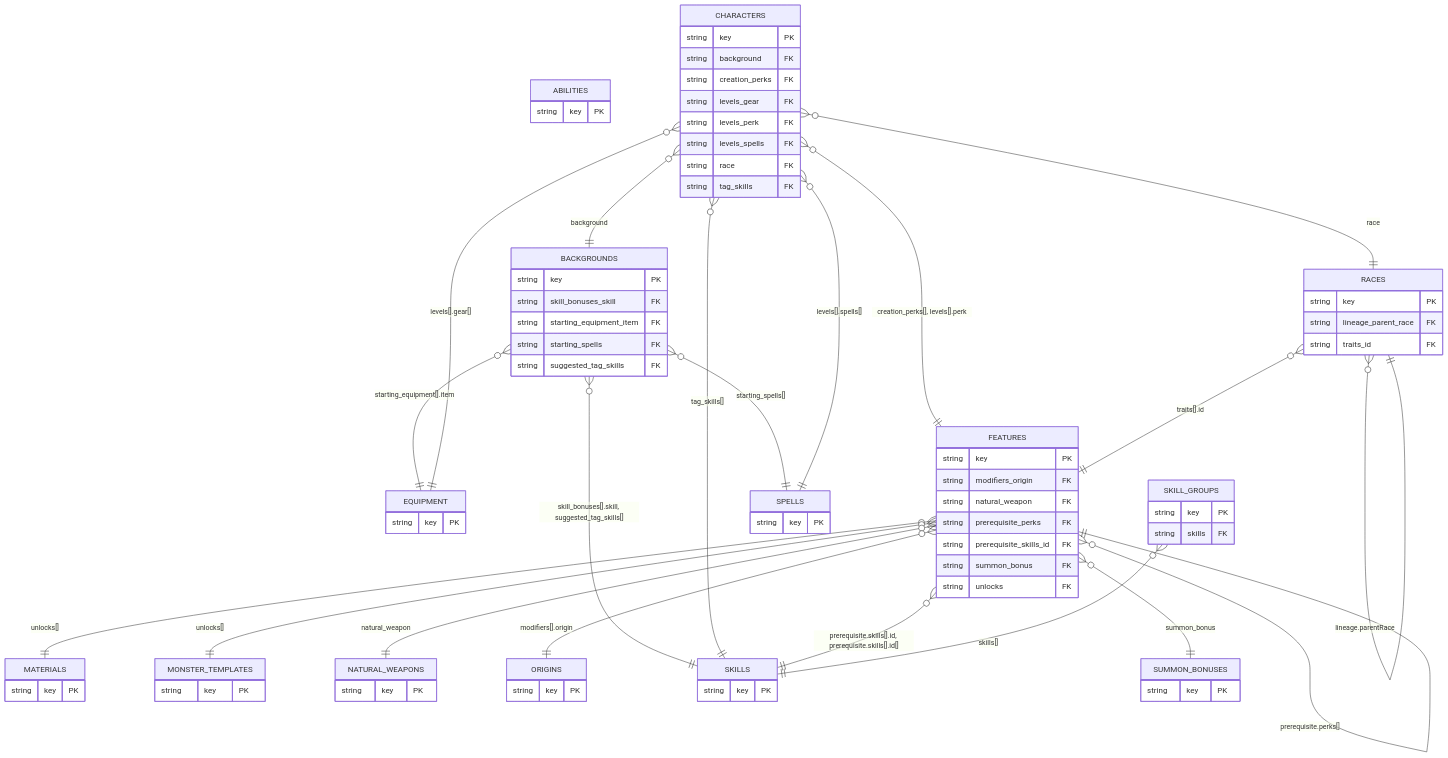
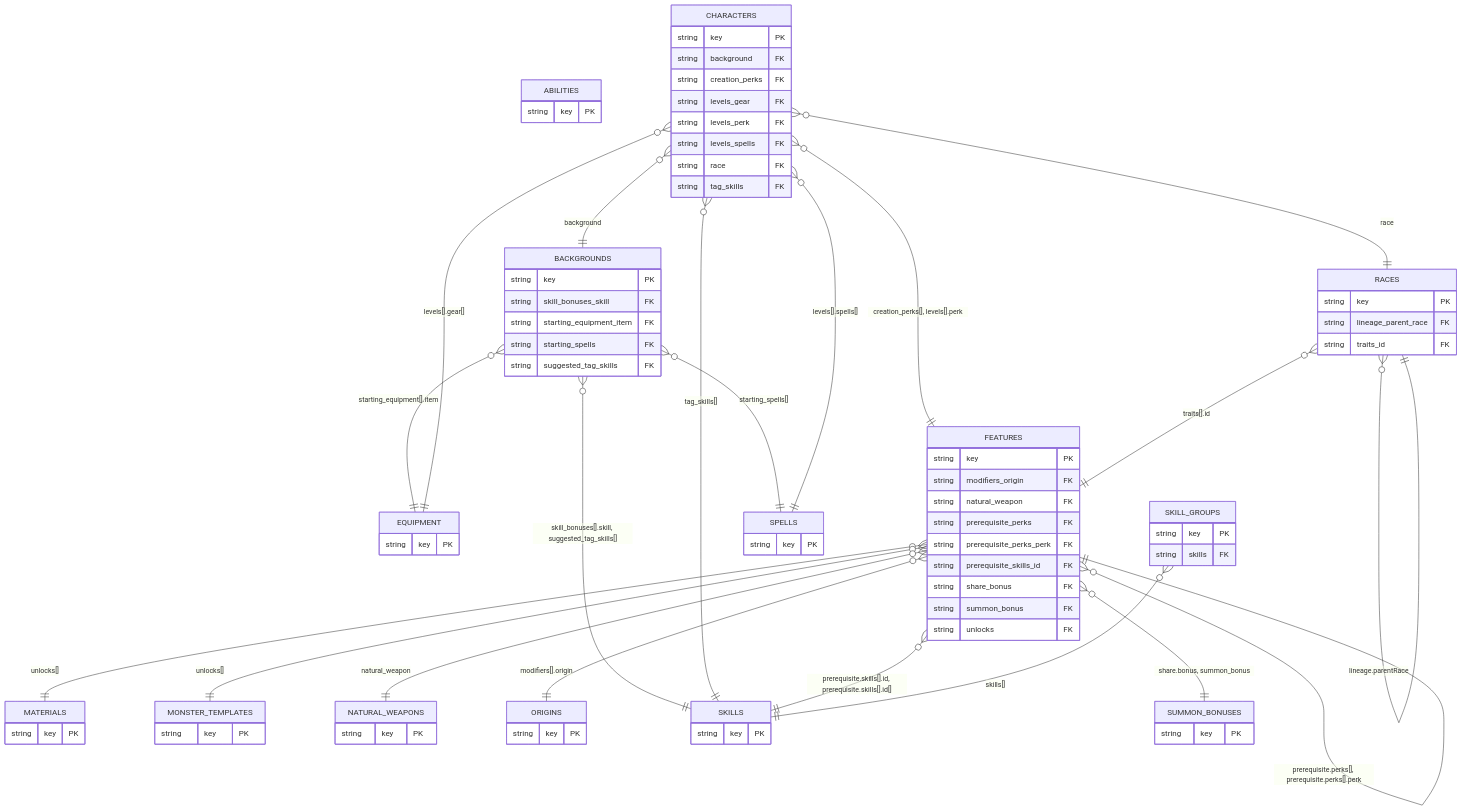
Before and after one commit to SETA1609/riftweave-core: the second of 5 diagrams in docs/core/data-model-diagram.md, drawn with Mermaid. The commit also changed other lines of this file and 22 other files, not shown here.

```diff
--- a/docs/core/data-model-diagram.md
+++ b/docs/core/data-model-diagram.md
@@ -318,7 +320,9 @@
         string modifiers_origin FK
         string natural_weapon FK
         string prerequisite_perks FK
+        string prerequisite_perks_perk FK
         string prerequisite_skills_id FK
+        string share_bonus FK
         string summon_bonus FK
         string unlocks FK
     }
@@ -361,13 +365,13 @@
     CHARACTERS }o--|| RACES : "race"
     CHARACTERS }o--|| SKILLS : "tag_skills[]"
     CHARACTERS }o--|| SPELLS : "levels[].spells[]"
-    FEATURES }o--|| FEATURES : "prerequisite.perks[]"
+    FEATURES }o--|| FEATURES : "prerequisite.perks[], prerequisite.perks[].perk"
     FEATURES }o--|| MATERIALS : "unlocks[]"
     FEATURES }o--|| MONSTER_TEMPLATES : "unlocks[]"
     FEATURES }o--|| NATURAL_WEAPONS : "natural_weapon"
     FEATURES }o--|| ORIGINS : "modifiers[].origin"
     FEATURES }o--|| SKILLS : "prerequisite.skills[].id, prerequisite.skills[].id[]"
-    FEATURES }o--|| SUMMON_BONUSES : "summon_bonus"
+    FEATURES }o--|| SUMMON_BONUSES : "share.bonus, summon_bonus"
     RACES }o--|| FEATURES : "traits[].id"
     RACES }o--|| RACES : "lineage.parentRace"
     SKILL_GROUPS }o--|| SKILLS : "skills[]"
```
